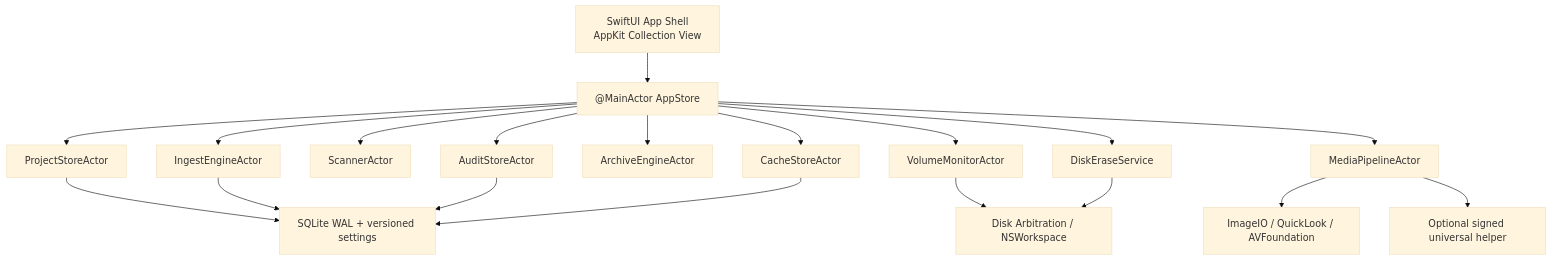
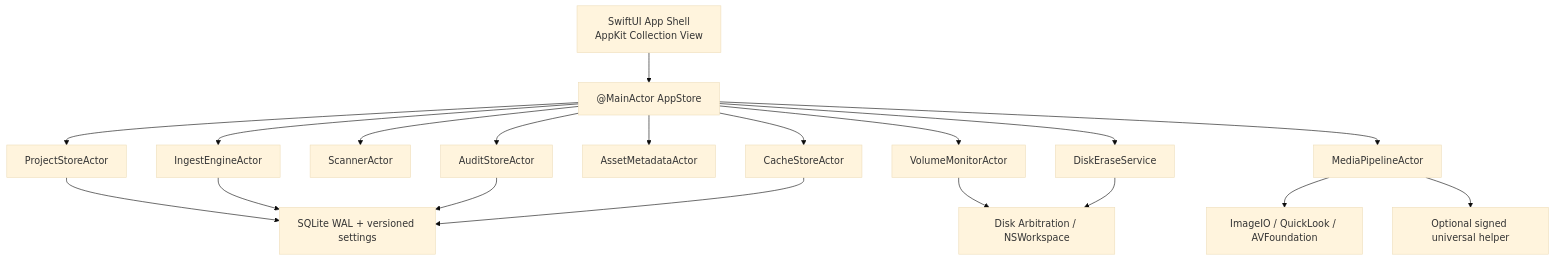
One commit to rule4400/UMIS_v3 changed the first of 2 diagrams in Docs/Requirements/04_Swift_macOS再設計.md. Above: the diagram before and after it, drawn with Mermaid (base theme). The commit also changed other lines of this file and 76 other files, not shown here.

````diff
--- a/Docs/Requirements/04_Swift_macOS再設計.md
+++ b/Docs/Requirements/04_Swift_macOS再設計.md
@@ -48,21 +48,21 @@
 ```mermaid
 flowchart TB
     UI["SwiftUI App Shell\nAppKit Collection View"] --> STORE["@MainActor AppStore"]
     STORE --> PROJECT["ProjectStoreActor"]
     STORE --> VOLUME["VolumeMonitorActor"]
     STORE --> SCAN["ScannerActor"]
     STORE --> INGEST["IngestEngineActor"]
-    STORE --> ARCHIVE["ArchiveEngineActor"]
+    STORE --> METADATA["AssetMetadataActor"]
     STORE --> MEDIA["MediaPipelineActor"]
     STORE --> CACHE["CacheStoreActor"]
     STORE --> AUDIT["AuditStoreActor"]
     STORE --> ERASE["DiskEraseService"]
     PROJECT --> DB["SQLite WAL + versioned settings"]
     INGEST --> DB
     AUDIT --> DB
     CACHE --> DB
     MEDIA --> APPLE["ImageIO / QuickLook / AVFoundation"]
     MEDIA --> FFMPEG["Optional signed universal helper"]
     VOLUME --> DA["Disk Arbitration / NSWorkspace"]
     ERASE --> DA
 ```
````
